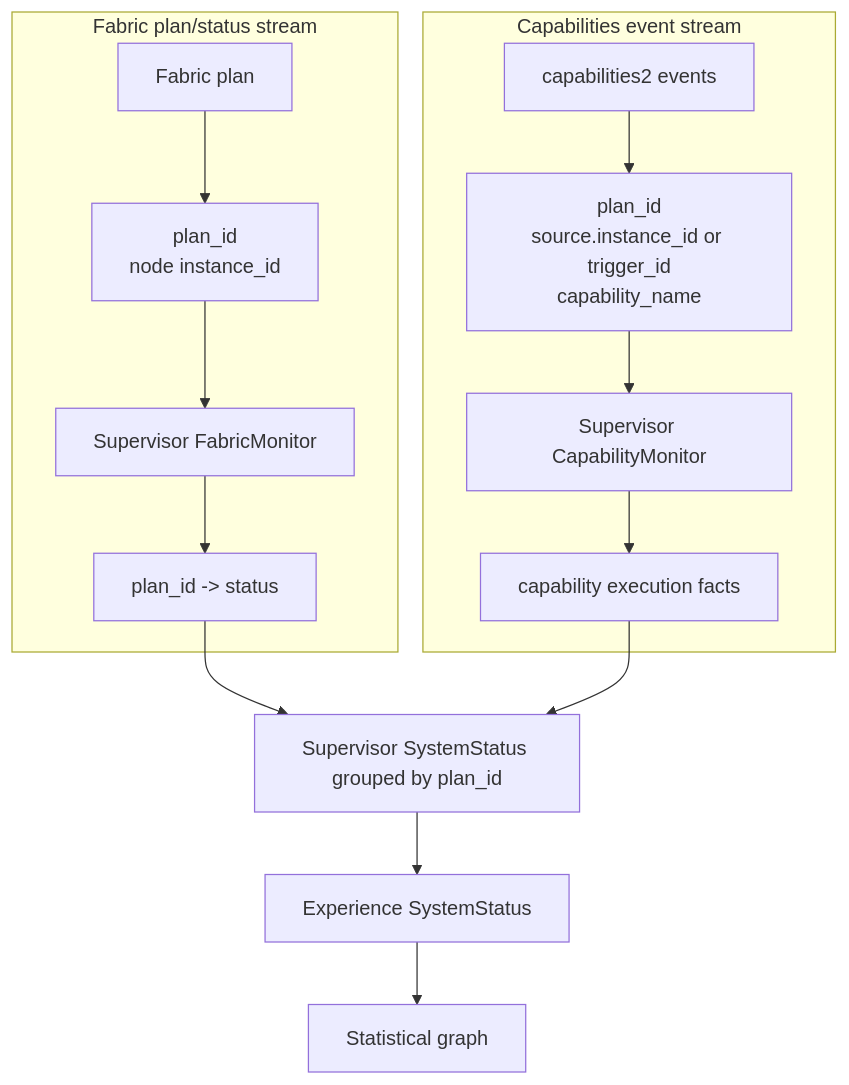
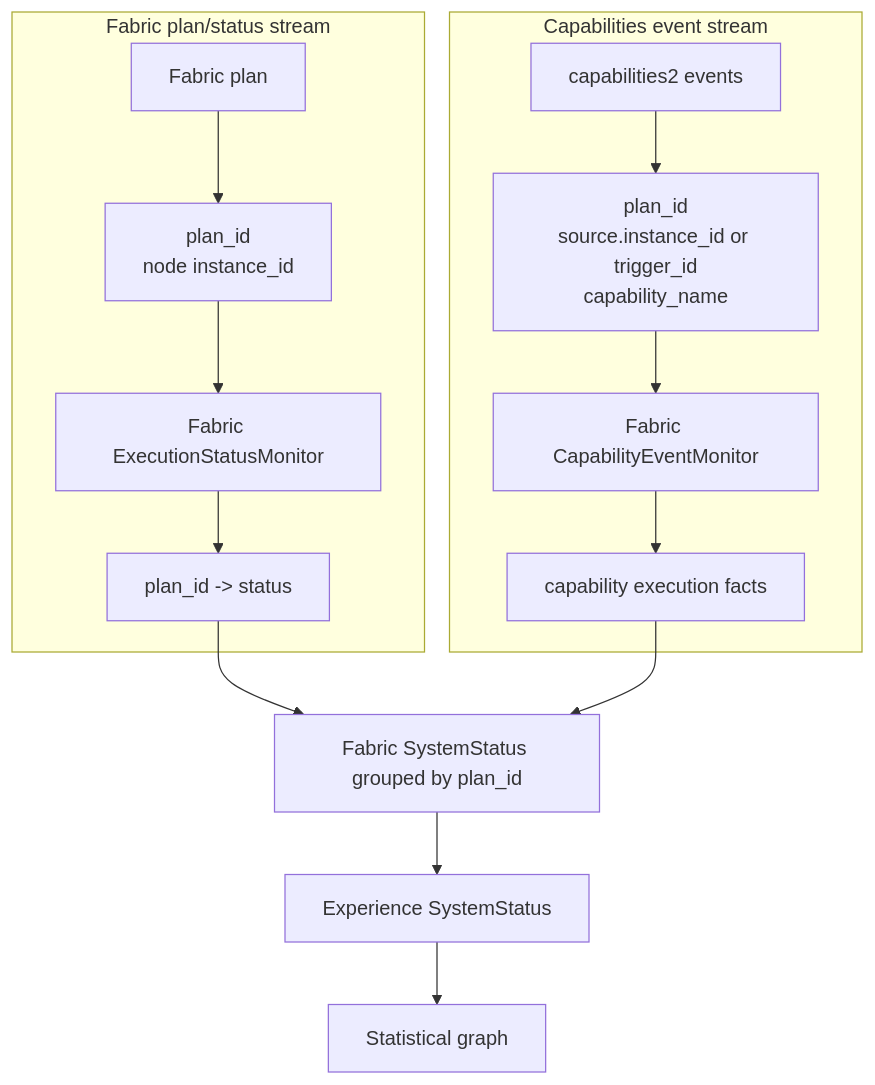
One commit to CollaborativeRoboticsLab/fabric changed the diagram in docs/experience/data_to_knowledge.md. Above: the diagram before and after it, drawn with Mermaid. The commit also changed other lines of this file and 7 other files, not shown here.

````diff
--- a/docs/experience/data_to_knowledge.md
+++ b/docs/experience/data_to_knowledge.md
@@ -48,21 +49,21 @@
 ```mermaid
 flowchart TD
 	subgraph Fabric[Fabric plan/status stream]
 		FP[Fabric plan]
 		FP --> FIDS[plan_id\nnode instance_id]
-		FIDS --> FM[Supervisor FabricMonitor]
+		FIDS --> FM[Fabric ExecutionStatusMonitor]
 		FM --> FS[plan_id -> status]
 	end
 
 	subgraph Capabilities[Capabilities event stream]
 		CE[capabilities2 events]
 		CE --> CIDS[plan_id\nsource.instance_id or trigger_id\ncapability_name]
-		CIDS --> CM[Supervisor CapabilityMonitor]
+		CIDS --> CM[Fabric CapabilityEventMonitor]
 		CM --> CT[capability execution facts]
 	end
 
-	FS --> SS[Supervisor SystemStatus grouped by plan_id]
+	FS --> SS[Fabric SystemStatus grouped by plan_id]
 	CT --> SS
 	SS --> ES[Experience SystemStatus]
 	ES --> SG[Statistical graph]
 ```
````
